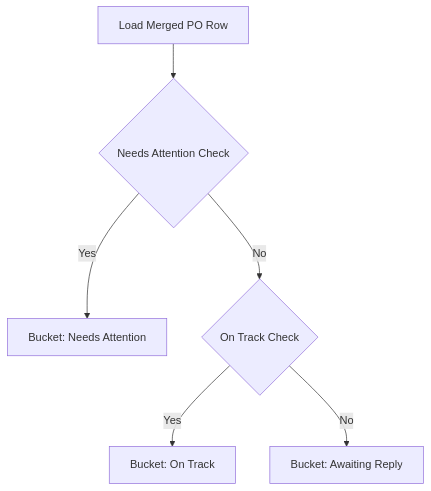
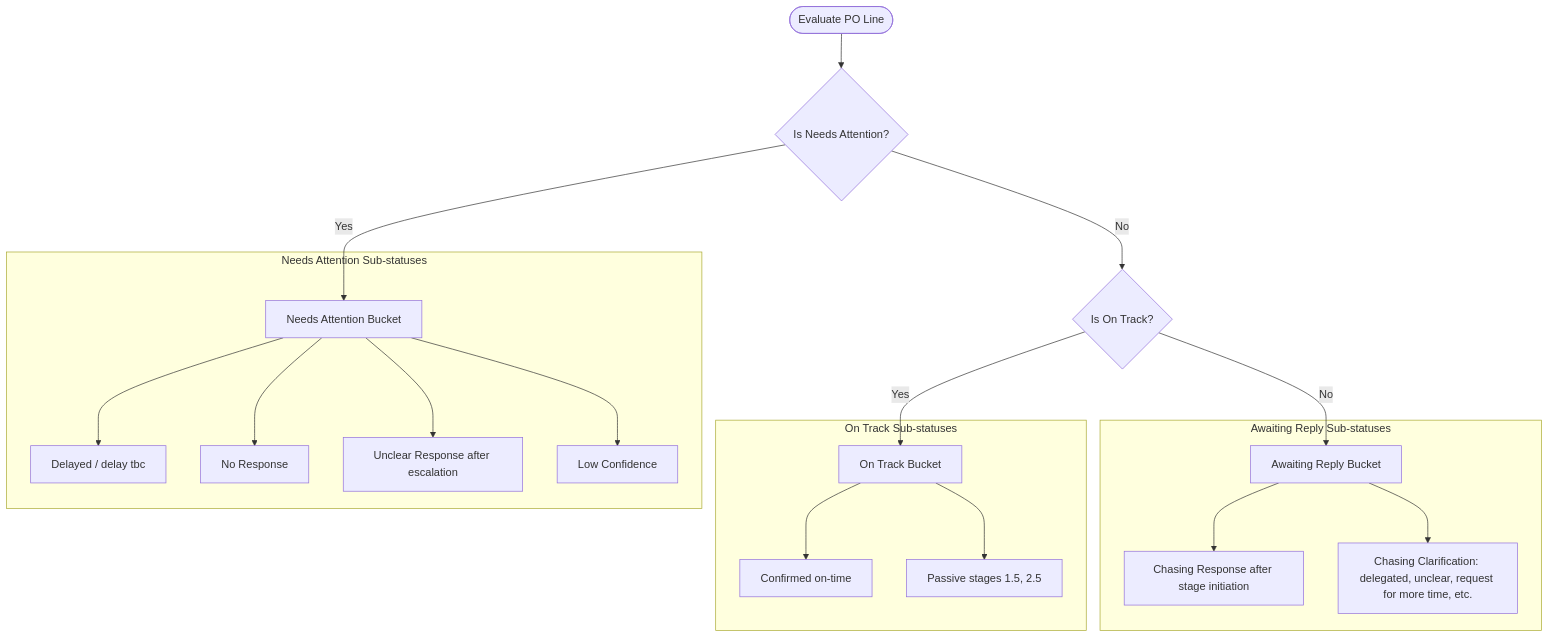
One commit to mrunmayee300/akisto-dash-v3 changed the second of 2 diagrams in po_classification_documentation.md. Above: the diagram before and after it, drawn with Mermaid. The commit also changed other lines of this file and 5 other files, not shown here.

````diff
--- a/po_classification_documentation.md
+++ b/po_classification_documentation.md
@@ -41,8 +145,28 @@
 ```mermaid
-graph TD
-    Start[Load Merged PO Row] --> Step1{Needs Attention Check}
-    Step1 -- Yes --> NeedsAttention[Bucket: Needs Attention]
-    Step1 -- No --> Step2{On Track Check}
-    Step2 -- Yes --> OnTrack[Bucket: On Track]
-    Step2 -- No --> AwaitingReply[Bucket: Awaiting Reply]
+flowchart TD
+    Start([Evaluate PO Line]) --> CheckNA{Is Needs Attention?}
+    
+    %% Needs Attention Path
+    CheckNA -- Yes --> NeedsAttention[Needs Attention Bucket]
+    subgraph Needs Attention Sub-statuses
+        NeedsAttention --> NA1[Delayed / delay tbc]
+        NeedsAttention --> NA2[No Response]
+        NeedsAttention --> NA3[Unclear Response after escalation]
+        NeedsAttention --> NA4[Low Confidence]
+    end
+    
+    %% On Track Path
+    CheckNA -- No --> CheckOT{Is On Track?}
+    CheckOT -- Yes --> OnTrack[On Track Bucket]
+    subgraph On Track Sub-statuses
+        OnTrack --> OT1[Confirmed on-time]
+        OnTrack --> OT2[Passive stages 1.5, 2.5]
+    end
+
+    %% Awaiting Reply Path
+    CheckOT -- No --> AwaitingReply[Awaiting Reply Bucket]
+    subgraph Awaiting Reply Sub-statuses
+        AwaitingReply --> AR1[Chasing Response after stage initiation]
+        AwaitingReply --> AR2[Chasing Clarification: delegated, unclear, request for more time, etc.]
+    end
 ```
````
